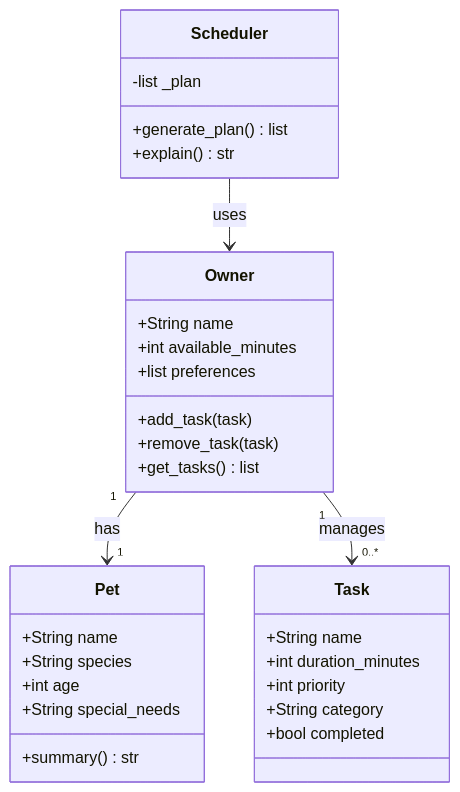
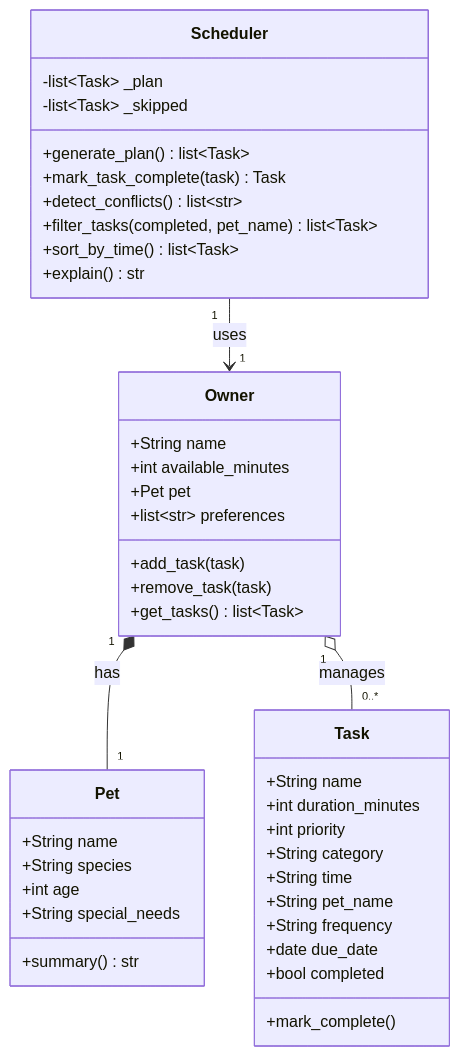
The diagram in class_diagram.md (gitrlawton/ai110-project2), drawn with Mermaid before and after one commit. The commit also changed 4 other files, not shown here.

Commit message:
Add scheduler UI features, update UML, and complete README and reflection docs

````diff
--- a/class_diagram.md
+++ b/class_diagram.md
@@ -1,37 +1,48 @@
 ```mermaid
 classDiagram
     class Owner {
         +String name
         +int available_minutes
-        +list preferences
+        +Pet pet
+        +list~str~ preferences
         +add_task(task)
         +remove_task(task)
-        +get_tasks() list
+        +get_tasks() list~Task~
     }
 
     class Pet {
         +String name
         +String species
         +int age
         +String special_needs
         +summary() str
     }
 
     class Task {
         +String name
         +int duration_minutes
         +int priority
         +String category
+        +String time
+        +String pet_name
+        +String frequency
+        +date due_date
         +bool completed
+        +mark_complete()
     }
 
     class Scheduler {
-        -list _plan
-        +generate_plan() list
+        -list~Task~ _plan
+        -list~Task~ _skipped
+        +generate_plan() list~Task~
+        +mark_task_complete(task) Task
+        +detect_conflicts() list~str~
+        +filter_tasks(completed, pet_name) list~Task~
+        +sort_by_time() list~Task~
         +explain() str
     }
 
-    Owner "1" --> "1" Pet : has
-    Owner "1" --> "0..*" Task : manages
-    Scheduler --> Owner : uses
+    Owner "1" *-- "1" Pet : has
+    Owner "1" o-- "0..*" Task : manages
+    Scheduler "1" --> "1" Owner : uses
 ```
````
